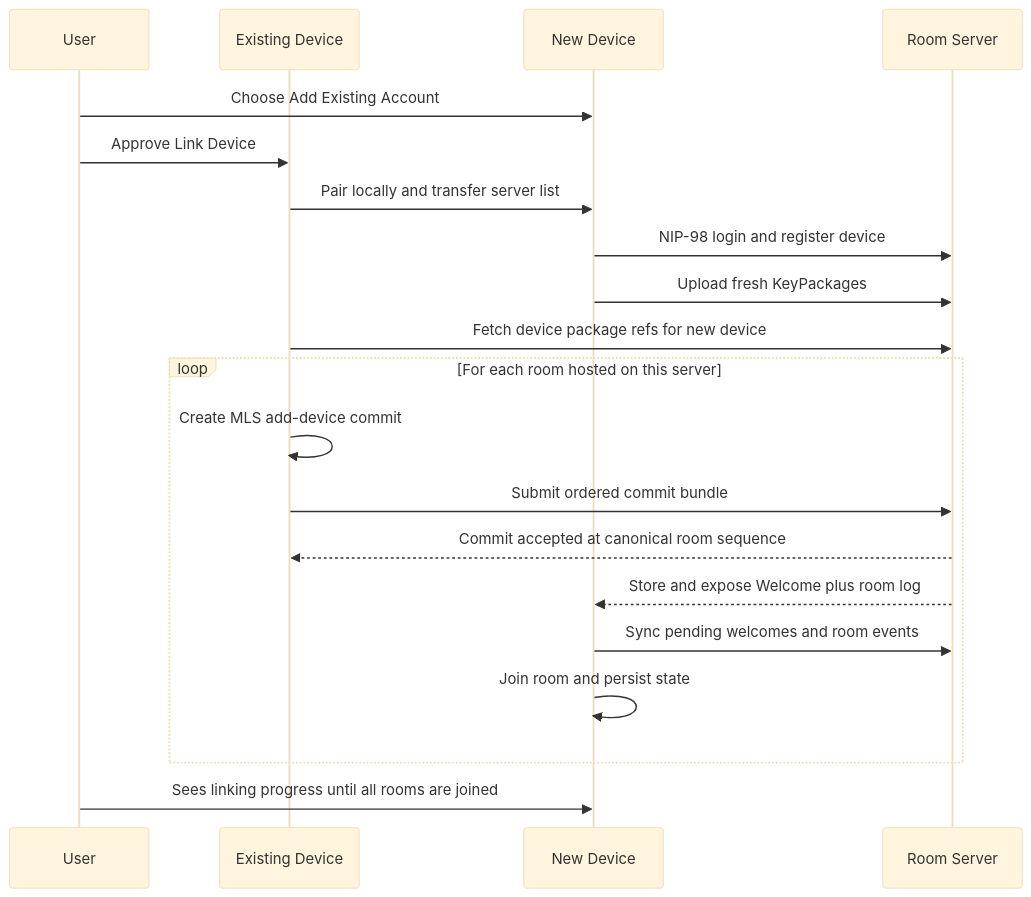
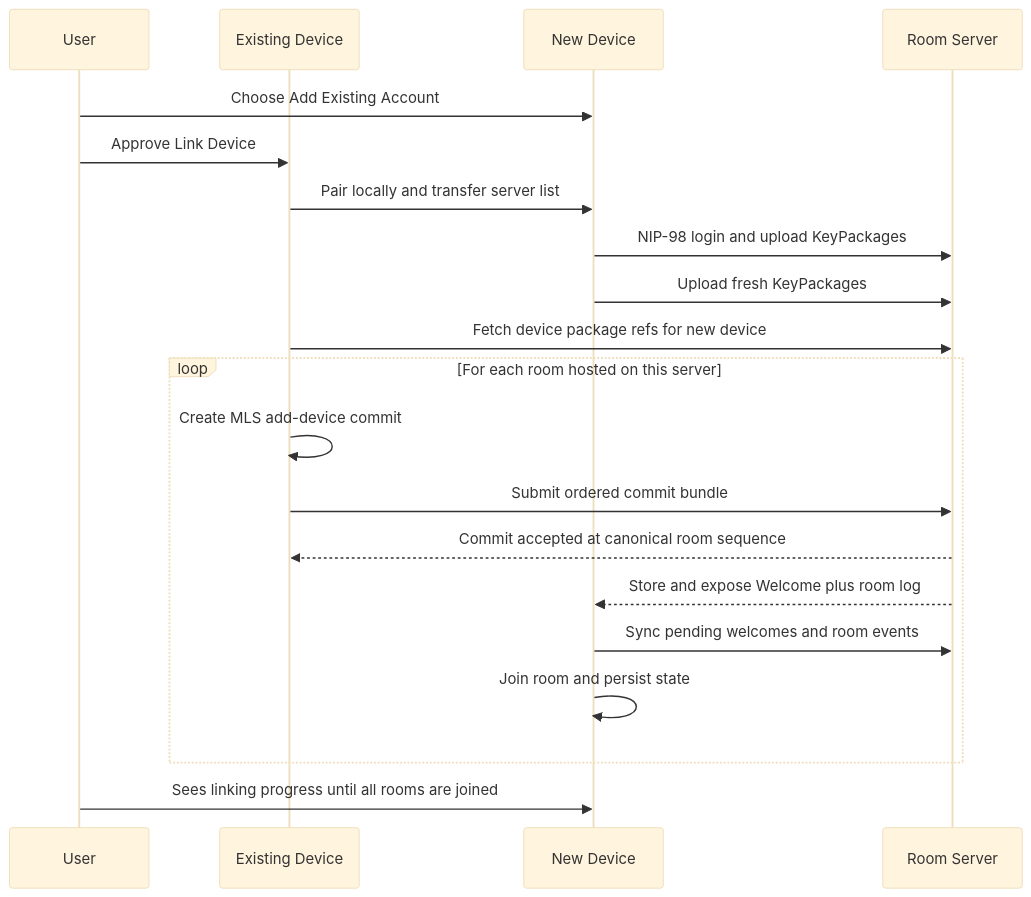
The diagram in docs/diagrams/chat-server-linking-happy-path.mmd (sledtools/pika), drawn with Mermaid (base theme) before and after one commit. The commit also changed 9 other files, not shown here.

```diff
--- a/docs/diagrams/chat-server-linking-happy-path.mmd
+++ b/docs/diagrams/chat-server-linking-happy-path.mmd
@@ -1,21 +1,21 @@
 sequenceDiagram
     participant User
     participant Old as Existing Device
     participant New as New Device
     participant S as Room Server
 
     User->>New: Choose Add Existing Account
     User->>Old: Approve Link Device
     Old->>New: Pair locally and transfer server list
-    New->>S: NIP-98 login and register device
+    New->>S: NIP-98 login and upload KeyPackages
     New->>S: Upload fresh KeyPackages
     Old->>S: Fetch device package refs for new device
     loop For each room hosted on this server
         Old->>Old: Create MLS add-device commit
         Old->>S: Submit ordered commit bundle
         S-->>Old: Commit accepted at canonical room sequence
         S-->>New: Store and expose Welcome plus room log
         New->>S: Sync pending welcomes and room events
         New->>New: Join room and persist state
     end
     User->>New: Sees linking progress until all rooms are joined
```
